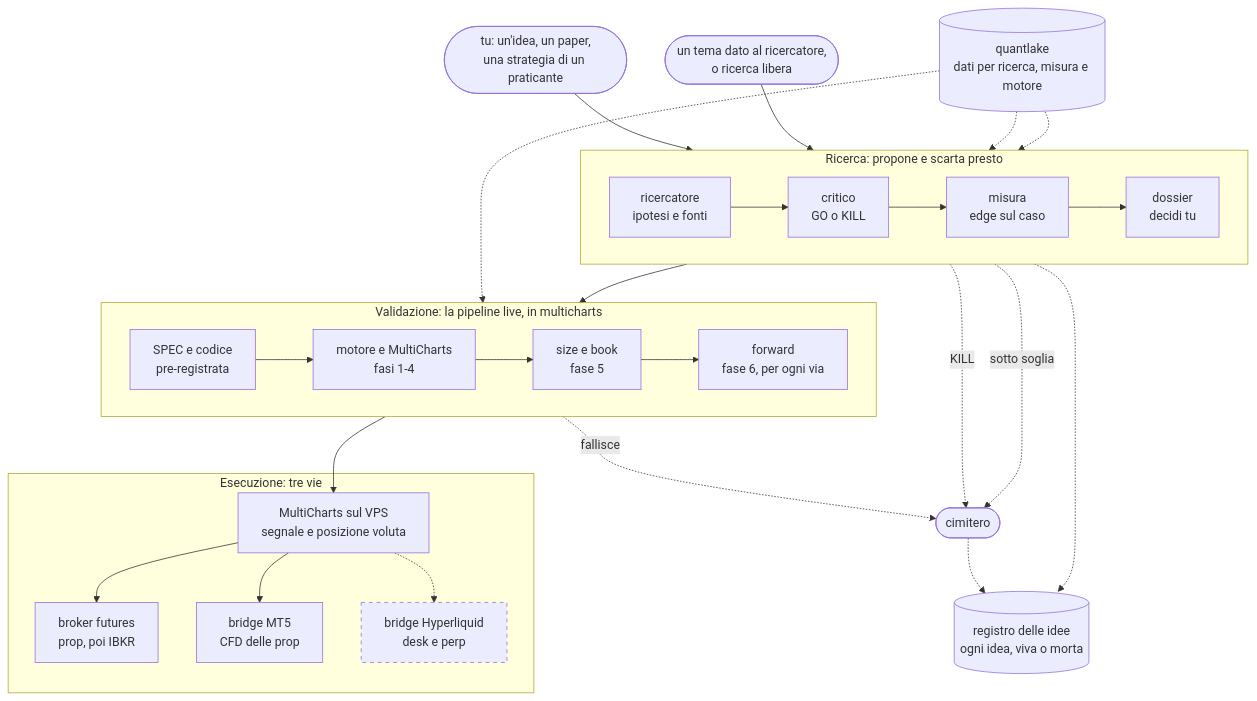
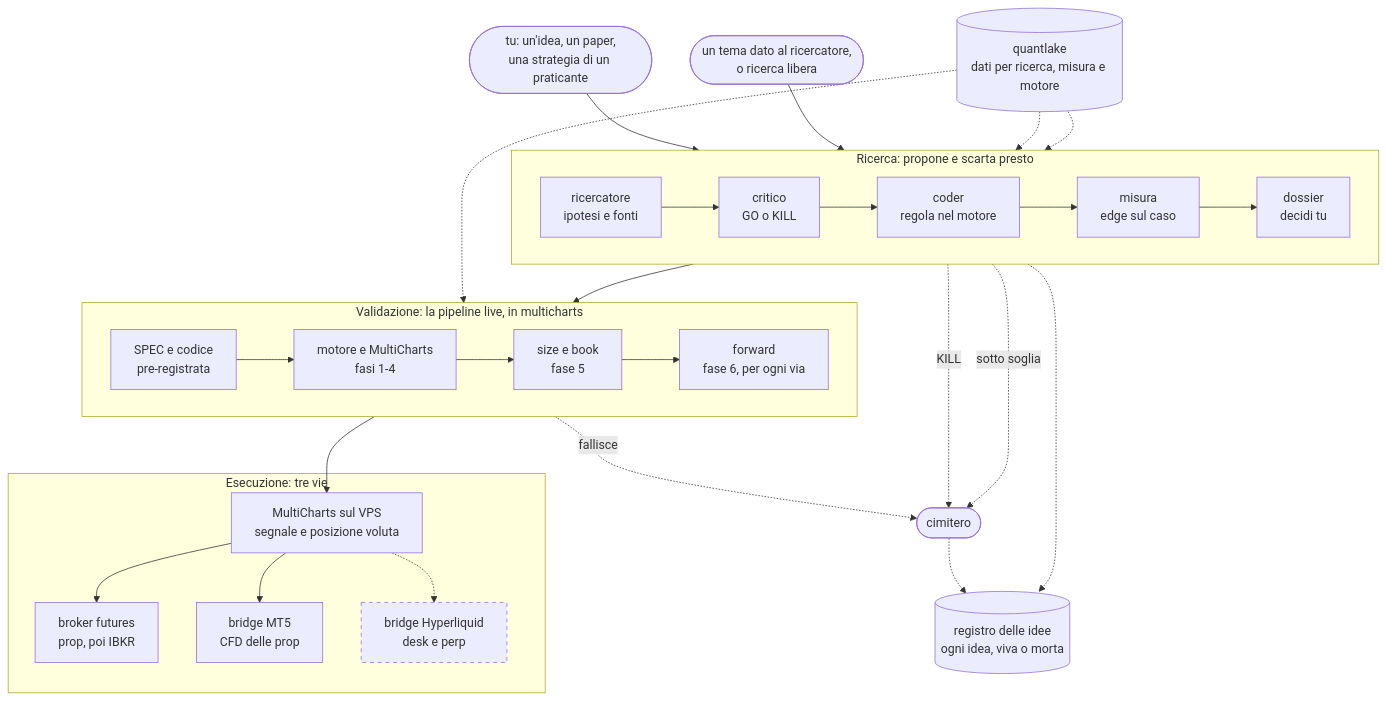
Before and after one commit to mariocana/agentic-quant-lab: the diagram in docs/desk_ricerca.md, drawn with Mermaid. The commit also changed other lines of this file and 10 other files, not shown here.

````diff
--- a/docs/desk_ricerca.md
+++ b/docs/desk_ricerca.md
@@ -16,53 +17,54 @@
 ```mermaid
 flowchart TB
     TU(["tu: un'idea, un paper,<br/>una strategia di un praticante"])
     TEMA(["un tema dato al ricercatore,<br/>o ricerca libera"])
 
     subgraph RIC["Ricerca: propone e scarta presto"]
         direction LR
         R["ricercatore<br/>ipotesi e fonti"]
         C["critico<br/>GO o KILL"]
+        K["coder<br/>regola nel motore"]
         M["misura<br/>edge sul caso"]
         D["dossier<br/>decidi tu"]
-        R --> C --> M --> D
+        R --> C --> K --> M --> D
     end
 
     subgraph VAL["Validazione: la pipeline live, in multicharts"]
         direction LR
         S["SPEC e codice<br/>pre-registrata"]
         F14["motore e MultiCharts<br/>fasi 1-4"]
         F5["size e book<br/>fase 5"]
         F6["forward<br/>fase 6, per ogni via"]
         S --> F14 --> F5 --> F6
     end
 
     subgraph ESE["Esecuzione: tre vie"]
         MC["MultiCharts sul VPS<br/>segnale e posizione voluta"]
         B1["broker futures<br/>prop, poi IBKR"]
         B2["bridge MT5<br/>CFD delle prop"]
         B3["bridge Hyperliquid<br/>desk e perp"]
         MC --> B1
         MC --> B2
         MC -.-> B3
     end
 
     QL[("quantlake<br/>dati per ricerca, misura e motore")]
     REG[("registro delle idee<br/>ogni idea, viva o morta")]
     CIM(["cimitero"])
 
     TU --> R
     TEMA --> R
     D --> S
     F6 --> MC
     C -. "KILL" .-> CIM
     M -. "sotto soglia" .-> CIM
     F14 -. "fallisce" .-> CIM
     QL -.-> R
     QL -.-> M
     QL -.-> F14
     R -.-> REG
     CIM -.-> REG
 
     classDef opt stroke-dasharray:5 5
     class B3 opt
 ```
````
